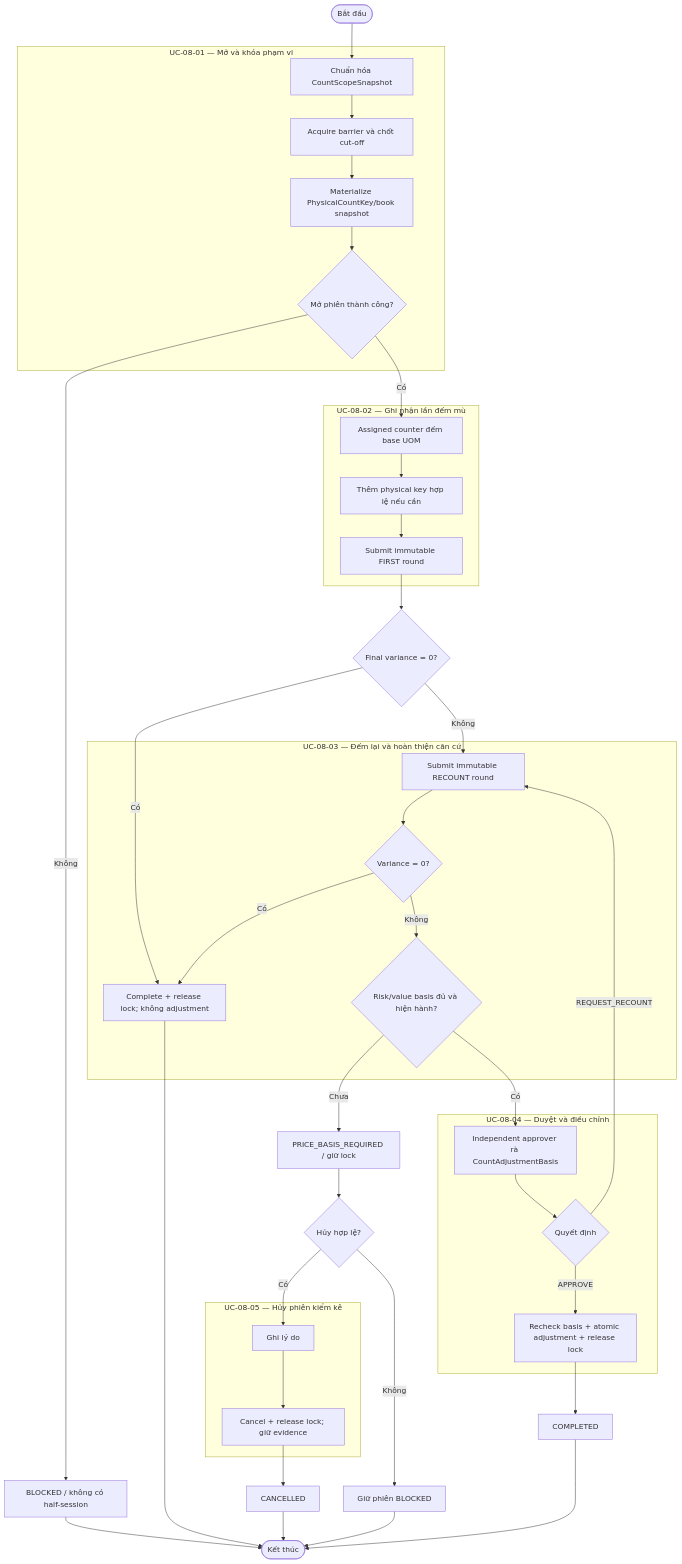
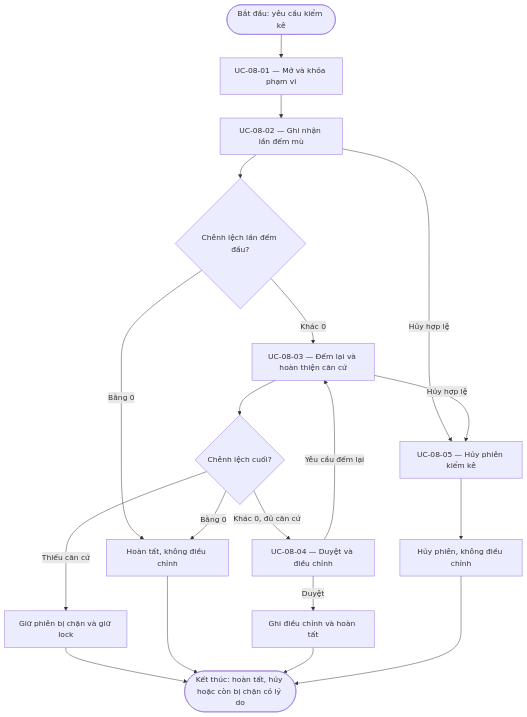
Before and after one commit to DsChien102/erp-sales-inventory: the diagram in specs/themes/theme-07/02.specification/behavior/journeys/BJ-08-kiem-ke-va-ieu-chinh-chenh-lech.md, drawn with Mermaid. The commit also changed other lines of this file and 4136 other files, not shown here.

````diff
--- a/specs/themes/theme-07/02.specification/behavior/journeys/BJ-08-kiem-ke-va-ieu-chinh-chenh-lech.md
+++ b/specs/themes/theme-07/02.specification/behavior/journeys/BJ-08-kiem-ke-va-ieu-chinh-chenh-lech.md
@@ -173,48 +34,21 @@
 ```mermaid
 flowchart TD
-    S([Bắt đầu]) --> U1A
-    subgraph U1["UC-08-01 — Mở và khóa phạm vi"]
-      U1A[Chuẩn hóa CountScopeSnapshot] --> U1B[Acquire barrier và chốt cut-off]
-      U1B --> U1C[Materialize PhysicalCountKey/book snapshot]
-      U1C --> U1D{Mở phiên thành công?}
-    end
-    U1D -->|Không| B0[BLOCKED / không có half-session]
-    U1D -->|Có| U2A
-
-    subgraph U2["UC-08-02 — Ghi nhận lần đếm mù"]
-      U2A[Assigned counter đếm base UOM] --> U2B[Thêm physical key hợp lệ nếu cần]
-      U2B --> U2C[Submit immutable FIRST round]
-    end
-    U2C --> V1{Final variance = 0?}
-    V1 -->|Có| Z[Complete + release lock; không adjustment]
-    V1 -->|Không| U3A
-
-    subgraph U3["UC-08-03 — Đếm lại và hoàn thiện căn cứ"]
-      U3A[Submit immutable RECOUNT round] --> U3B{Variance = 0?}
-      U3B -->|Có| Z
-      U3B -->|Không| U3C{Risk/value basis đủ và hiện hành?}
-    end
-    U3C -->|Chưa| HOLD[PRICE_BASIS_REQUIRED / giữ lock]
-    U3C -->|Có| U4A
-
-    subgraph U4["UC-08-04 — Duyệt và điều chỉnh"]
-      U4A[Independent approver rà CountAdjustmentBasis] --> U4B{Quyết định}
-      U4B -->|REQUEST_RECOUNT| U3A
-      U4B -->|APPROVE| U4C[Recheck basis + atomic adjustment + release lock]
-    end
-    U4C --> R1[COMPLETED]
-
-    HOLD --> C{Hủy hợp lệ?}
-    C -->|Có| U5A
-    C -->|Không| B1[Giữ phiên BLOCKED]
-    subgraph U5["UC-08-05 — Hủy phiên kiểm kê"]
-      U5A[Ghi lý do] --> U5B[Cancel + release lock; giữ evidence]
-    end
-    U5B --> R2[CANCELLED]
-
-    B0 --> E([Kết thúc])
-    B1 --> E
-    Z --> E
-    R1 --> E
-    R2 --> E
+  Begin([Bắt đầu: yêu cầu kiểm kê]) --> U1["UC-08-01 — Mở và khóa phạm vi"]
+  U1 --> U2["UC-08-02 — Ghi nhận lần đếm mù"]
+  U2 --> V{"Chênh lệch lần đếm đầu?"}
+  V -->|Bằng 0| Done0["Hoàn tất, không điều chỉnh"]
+  V -->|Khác 0| U3["UC-08-03 — Đếm lại và hoàn thiện căn cứ"]
+  U3 --> R{"Chênh lệch cuối?"}
+  R -->|Bằng 0| Done0
+  R -->|Khác 0, đủ căn cứ| U4["UC-08-04 — Duyệt và điều chỉnh"]
+  R -->|Thiếu căn cứ| Block["Giữ phiên bị chặn và giữ lock"]
+  Block --> End([Kết thúc: hoàn tất, hủy hoặc còn bị chặn có lý do])
+  U4 -->|Yêu cầu đếm lại| U3
+  U4 -->|Duyệt| Done1["Ghi điều chỉnh và hoàn tất"]
+  U2 -->|Hủy hợp lệ| U5["UC-08-05 — Hủy phiên kiểm kê"]
+  U3 -->|Hủy hợp lệ| U5
+  U5 --> Cancelled["Hủy phiên, không điều chỉnh"]
+  Done0 --> End
+  Done1 --> End
+  Cancelled --> End
 ```
````
